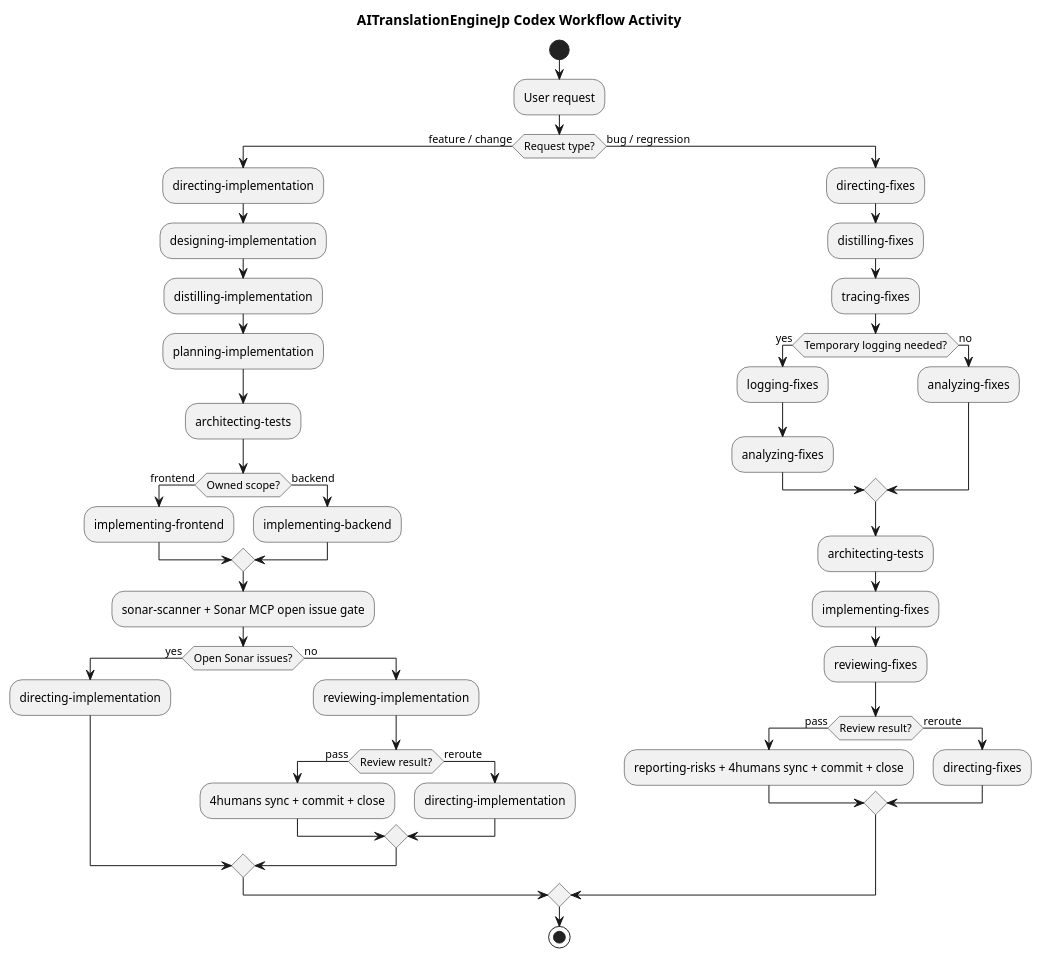
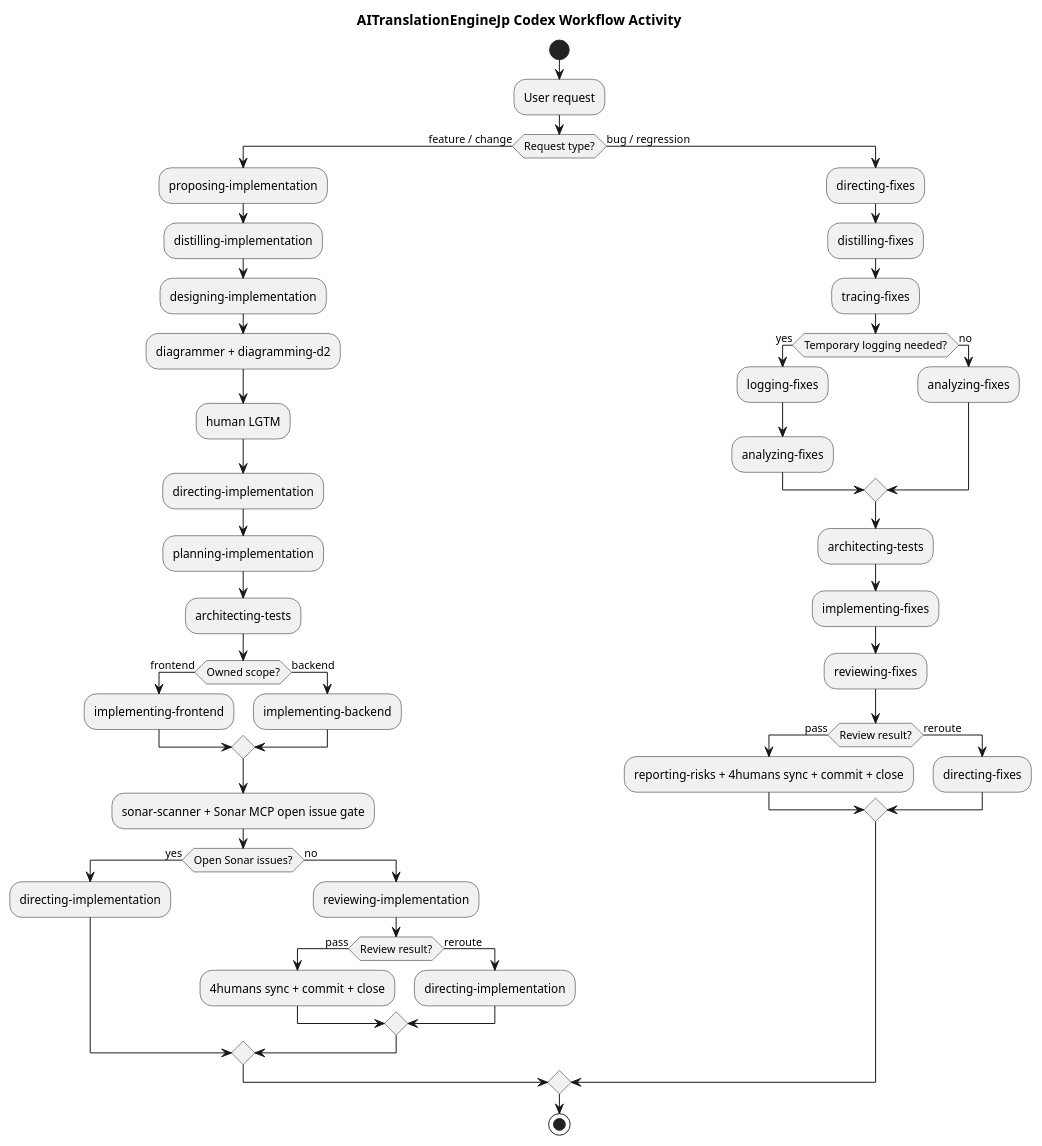
The diagram in .codex/workflow_activity_diagram.puml (ishibata91/AITranslationEngineJP), drawn with PlantUML before and after one commit. The commit also changed 43 other files, not shown here.

```diff
--- a/.codex/workflow_activity_diagram.puml
+++ b/.codex/workflow_activity_diagram.puml
@@ -1,56 +1,59 @@
 @startuml WorkflowActivity
 title AITranslationEngineJp Codex Workflow Activity
 skinparam shadowing false
 skinparam linetype ortho
 
 start
 :User request;
 
 if (Request type?) then (feature / change)
+  :proposing-implementation;
+  :distilling-implementation;
+  :designing-implementation;
+  :diagrammer + diagramming-d2;
+  :human LGTM;
   :directing-implementation;
-  :designing-implementation;
-  :distilling-implementation;
   :planning-implementation;
   :architecting-tests;
 
   if (Owned scope?) then (frontend)
     :implementing-frontend;
   else (backend)
     :implementing-backend;
   endif
 
   :sonar-scanner + Sonar MCP open issue gate;
   if (Open Sonar issues?) then (yes)
     :directing-implementation;
   else (no)
   :reviewing-implementation;
   if (Review result?) then (pass)
     :4humans sync + commit + close;
   else (reroute)
     :directing-implementation;
   endif
   endif
 else (bug / regression)
   :directing-fixes;
   :distilling-fixes;
   :tracing-fixes;
 
   if (Temporary logging needed?) then (yes)
     :logging-fixes;
     :analyzing-fixes;
   else (no)
     :analyzing-fixes;
   endif
 
   :architecting-tests;
   :implementing-fixes;
   :reviewing-fixes;
   if (Review result?) then (pass)
     :reporting-risks + 4humans sync + commit + close;
   else (reroute)
     :directing-fixes;
   endif
 endif
 
 stop
 @enduml
```
